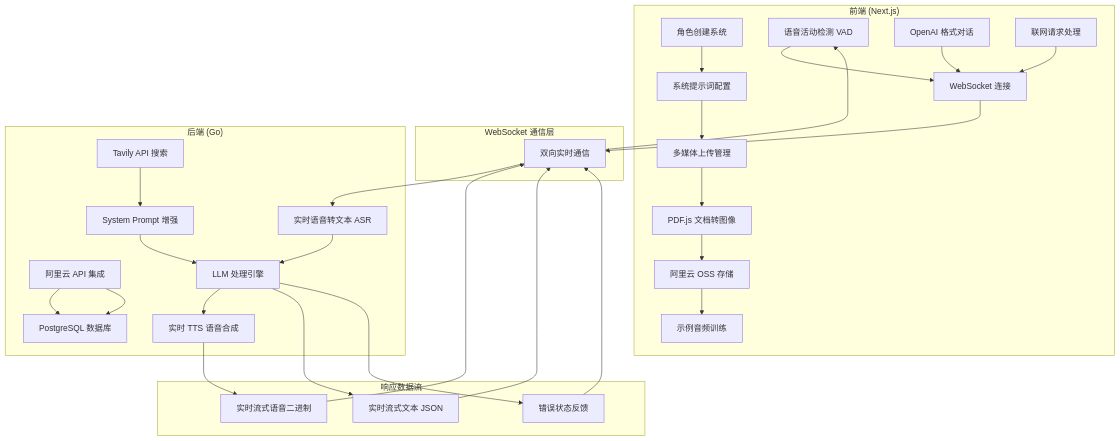
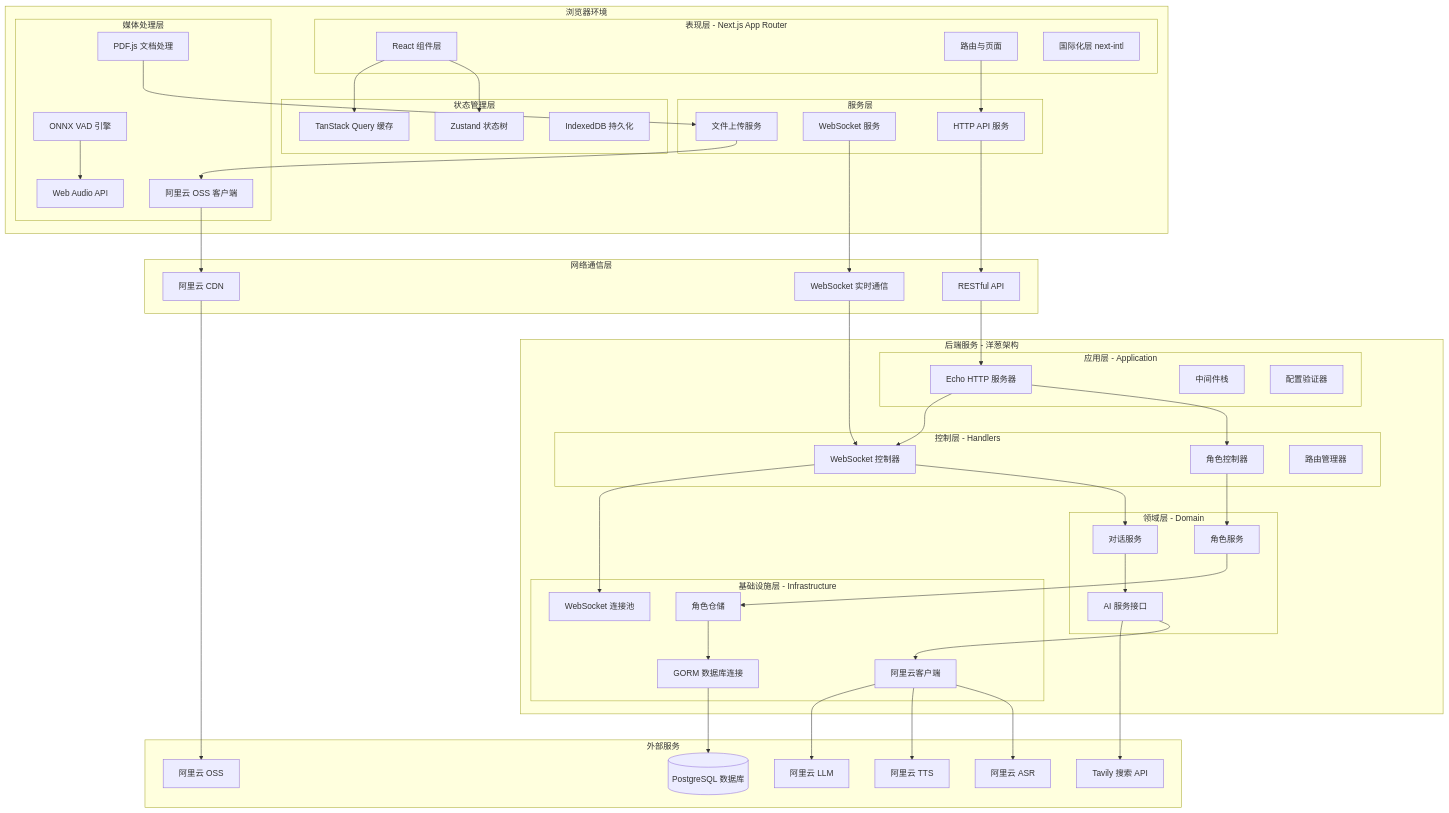
Before and after one commit to CORCTON/EchoMe: the first of 2 diagrams in README.md, drawn with Mermaid. The commit also changed other lines of this file, not shown here.

Commit message:
docs: 更新系统架构设计和数据流通信模式，增强项目结构的清晰度

````diff
--- a/README.md
+++ b/README.md
@@ -12,42 +13,105 @@
 ```mermaid
 graph TB
-    subgraph "前端 (Next.js)"
-        A1[角色创建系统] --> A2[系统提示词配置]
-        A2 --> A3[多媒体上传管理]
-        A3 --> A31[PDF.js 文档转图像]
-        A31 --> A32[阿里云 OSS 存储]
-        A32 --> A4[示例音频训练]
-        A5[语音活动检测 VAD] --> A6[WebSocket 连接]
-        A7[OpenAI 格式对话] --> A6
-        A8[联网请求处理] --> A6
+    subgraph "浏览器环境"
+        subgraph "表现层 - Next.js App Router"
+            UI[React 组件层]
+            ROUTE[路由与页面]
+            INTL[国际化层 next-intl]
+        end
+        
+        subgraph "状态管理层"
+            ZUSTAND[Zustand 状态树]
+            QUERY[TanStack Query 缓存]
+            PERSIST[IndexedDB 持久化]
+        end
+        
+        subgraph "服务层"
+            API_SERVICE[HTTP API 服务]
+            WS_SERVICE[WebSocket 服务]
+            UPLOAD[文件上传服务]
+        end
+        
+        subgraph "媒体处理层"
+            VAD[ONNX VAD 引擎]
+            PDFJS[PDF.js 文档处理]
+            AUDIO[Web Audio API]
+            OSS_CLIENT[阿里云 OSS 客户端]
+        end
     end
     
-    subgraph "WebSocket 通信层"
-        WS[双向实时通信]
+    subgraph "网络通信层"
+        HTTP[RESTful API]
+        WS[WebSocket 实时通信]
+        CDN[阿里云 CDN]
     end
     
-    subgraph "后端 (Go)"
-        B1[阿里云 API 集成] --> B2[PostgreSQL 数据库]
-        B3[实时语音转文本 ASR] --> B4[LLM 处理引擎]
-        B4 --> B5[实时 TTS 语音合成]
-        B6[Tavily API 搜索] --> B7[System Prompt 增强]
-        B7 --> B4
+    subgraph "后端服务 - 洋葱架构"
+        subgraph "应用层 - Application"
+            APP[Echo HTTP 服务器]
+            MW[中间件栈]
+            VALID[配置验证器]
+        end
+        
+        subgraph "控制层 - Handlers"
+            CHAR_HANDLER[角色控制器]
+            WS_HANDLER[WebSocket 控制器]
+            ROUTE_HANDLER[路由管理器]
+        end
+        
+        subgraph "领域层 - Domain"
+            CHAR_SERVICE[角色服务]
+            CONV_SERVICE[对话服务]
+            AI_SERVICE[AI 服务接口]
+        end
+        
+        subgraph "基础设施层 - Infrastructure"
+            CHAR_REPO[角色仓储]
+            DB_CONN[GORM 数据库连接]
+            ALI_CLIENT[阿里云客户端]
+            WS_HUB[WebSocket 连接池]
+        end
     end
     
-    subgraph "响应数据流"
-        C1[实时流式文本 JSON]
-        C2[实时流式语音二进制]
-        C3[错误状态反馈]
+    subgraph "外部服务"
+        POSTGRES[(PostgreSQL 数据库)]
+        ALI_ASR[阿里云 ASR]
+        ALI_TTS[阿里云 TTS] 
+        ALI_LLM[阿里云 LLM]
+        ALI_OSS[阿里云 OSS]
+        TAVILY[Tavily 搜索 API]
     end
     
-    A6 --> WS
-    WS --> B3
-    B1 --> B2
-    B4 --> C1
-    B5 --> C2
-    B4 --> C3
-    C1 --> WS
-    C2 --> WS 
-    C3 --> WS
-    WS --> A5
+    %% 前端内部连接
+    UI --> ZUSTAND
+    UI --> QUERY
+    ROUTE --> API_SERVICE
+    API_SERVICE --> HTTP
+    WS_SERVICE --> WS
+    VAD --> AUDIO
+    PDFJS --> UPLOAD
+    UPLOAD --> OSS_CLIENT
+    OSS_CLIENT --> CDN
+    
+    %% 网络连接
+    HTTP --> APP
+    WS --> WS_HANDLER
+    CDN --> ALI_OSS
+    
+    %% 后端内部连接 (Wire DI)
+    APP --> CHAR_HANDLER
+    APP --> WS_HANDLER
+    CHAR_HANDLER --> CHAR_SERVICE
+    WS_HANDLER --> CONV_SERVICE
+    CHAR_SERVICE --> CHAR_REPO
+    CONV_SERVICE --> AI_SERVICE
+    AI_SERVICE --> ALI_CLIENT
+    CHAR_REPO --> DB_CONN
+    WS_HANDLER --> WS_HUB
+    
+    %% 外部服务连接
+    DB_CONN --> POSTGRES
+    ALI_CLIENT --> ALI_ASR
+    ALI_CLIENT --> ALI_TTS
+    ALI_CLIENT --> ALI_LLM
+    AI_SERVICE --> TAVILY
 ```
````
